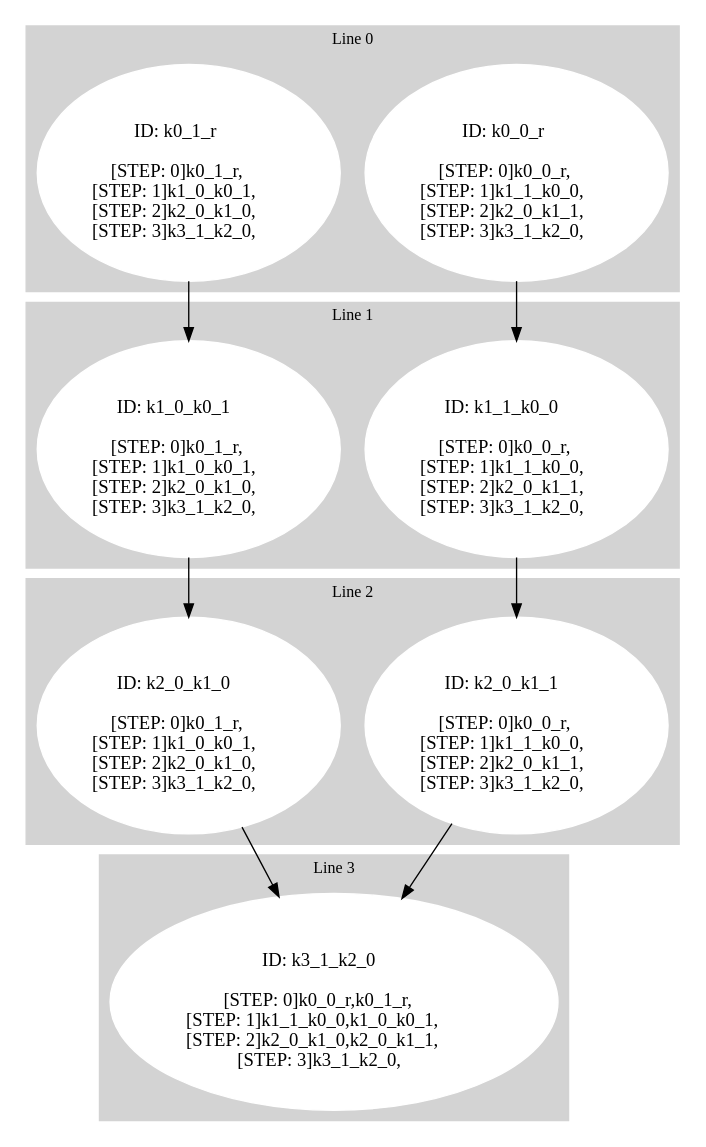
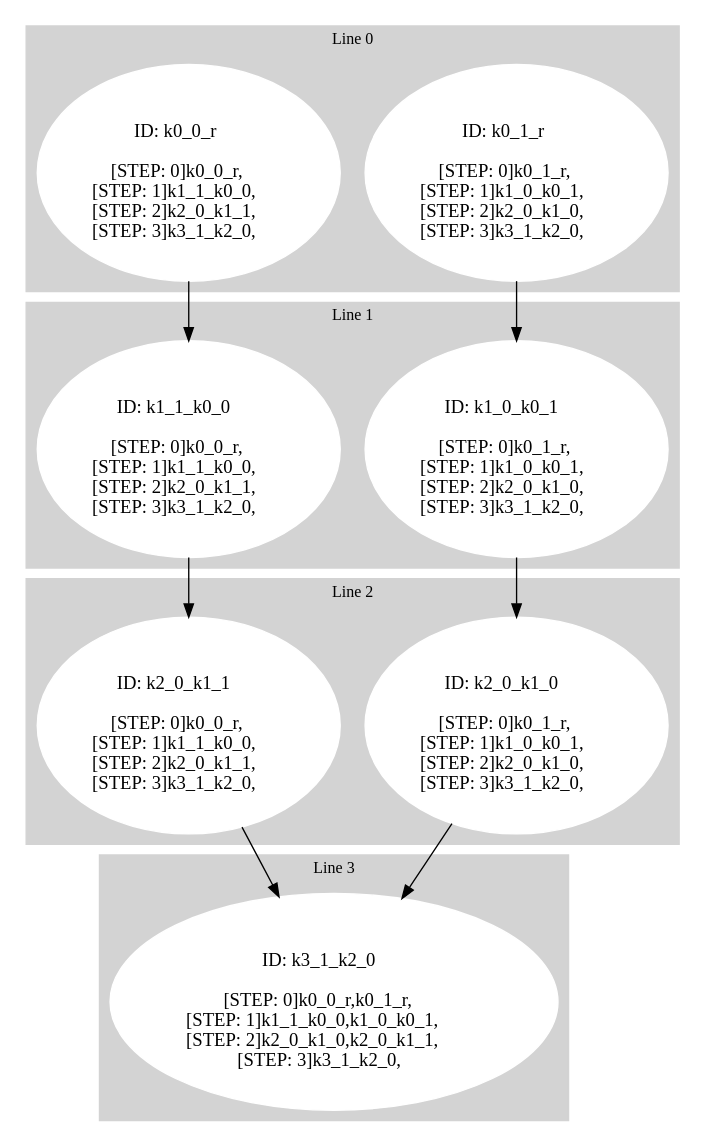
Before and after one commit to ricardombiot/3sat_machine_original_rs: the diagram in test_visual/gpath_y0.dot, drawn with Graphviz. The commit also changed 24 other files, not shown here.

```diff
--- a/test_visual/gpath_y0.dot
+++ b/test_visual/gpath_y0.dot
@@ -1,76 +1,76 @@
 digraph G {
      compound=true 
 subgraph cluster_line_0 {
  style=filled;
  color=lightgrey; 
      node [style=filled,color=white]; 
-k0_0_r [label=<<BR /> ID: k0_0_r <BR /> <BR />
+k0_1_r [label=<<BR /> ID: k0_1_r <BR /> <BR />
+[STEP: 0]k0_1_r,<BR />
+[STEP: 1]k1_0_k0_1,<BR />
+[STEP: 2]k2_0_k1_0,<BR />
+[STEP: 3]k3_1_k2_0,<BR />
+>]k0_0_r [label=<<BR /> ID: k0_0_r <BR /> <BR />
 [STEP: 0]k0_0_r,<BR />
 [STEP: 1]k1_1_k0_0,<BR />
 [STEP: 2]k2_0_k1_1,<BR />
-[STEP: 3]k3_1_k2_0,<BR />
->]k0_1_r [label=<<BR /> ID: k0_1_r <BR /> <BR />
-[STEP: 0]k0_1_r,<BR />
-[STEP: 1]k1_0_k0_1,<BR />
-[STEP: 2]k2_0_k1_0,<BR />
 [STEP: 3]k3_1_k2_0,<BR />
 >]
      fontsize="12" 
      label = "Line 0 " 
  }
 subgraph cluster_line_1 {
  style=filled;
  color=lightgrey; 
      node [style=filled,color=white]; 
-k1_1_k0_0 [label=<<BR /> ID: k1_1_k0_0 <BR /> <BR />
+k1_0_k0_1 [label=<<BR /> ID: k1_0_k0_1 <BR /> <BR />
+[STEP: 0]k0_1_r,<BR />
+[STEP: 1]k1_0_k0_1,<BR />
+[STEP: 2]k2_0_k1_0,<BR />
+[STEP: 3]k3_1_k2_0,<BR />
+>]k1_1_k0_0 [label=<<BR /> ID: k1_1_k0_0 <BR /> <BR />
 [STEP: 0]k0_0_r,<BR />
 [STEP: 1]k1_1_k0_0,<BR />
 [STEP: 2]k2_0_k1_1,<BR />
-[STEP: 3]k3_1_k2_0,<BR />
->]k1_0_k0_1 [label=<<BR /> ID: k1_0_k0_1 <BR /> <BR />
-[STEP: 0]k0_1_r,<BR />
-[STEP: 1]k1_0_k0_1,<BR />
-[STEP: 2]k2_0_k1_0,<BR />
 [STEP: 3]k3_1_k2_0,<BR />
 >]
      fontsize="12" 
      label = "Line 1 " 
  }
 subgraph cluster_line_2 {
  style=filled;
  color=lightgrey; 
      node [style=filled,color=white]; 
-k2_0_k1_1 [label=<<BR /> ID: k2_0_k1_1 <BR /> <BR />
+k2_0_k1_0 [label=<<BR /> ID: k2_0_k1_0 <BR /> <BR />
+[STEP: 0]k0_1_r,<BR />
+[STEP: 1]k1_0_k0_1,<BR />
+[STEP: 2]k2_0_k1_0,<BR />
+[STEP: 3]k3_1_k2_0,<BR />
+>]k2_0_k1_1 [label=<<BR /> ID: k2_0_k1_1 <BR /> <BR />
 [STEP: 0]k0_0_r,<BR />
 [STEP: 1]k1_1_k0_0,<BR />
 [STEP: 2]k2_0_k1_1,<BR />
-[STEP: 3]k3_1_k2_0,<BR />
->]k2_0_k1_0 [label=<<BR /> ID: k2_0_k1_0 <BR /> <BR />
-[STEP: 0]k0_1_r,<BR />
-[STEP: 1]k1_0_k0_1,<BR />
-[STEP: 2]k2_0_k1_0,<BR />
 [STEP: 3]k3_1_k2_0,<BR />
 >]
      fontsize="12" 
      label = "Line 2 " 
  }
 subgraph cluster_line_3 {
  style=filled;
  color=lightgrey; 
      node [style=filled,color=white]; 
 k3_1_k2_0 [label=<<BR /> ID: k3_1_k2_0 <BR /> <BR />
 [STEP: 0]k0_0_r,k0_1_r,<BR />
 [STEP: 1]k1_1_k0_0,k1_0_k0_1,<BR />
 [STEP: 2]k2_0_k1_0,k2_0_k1_1,<BR />
 [STEP: 3]k3_1_k2_0,<BR />
 >]
      fontsize="12" 
      label = "Line 3 " 
  }
+k0_1_r -> k1_0_k0_1
 k0_0_r -> k1_1_k0_0
-k0_1_r -> k1_0_k0_1
+k1_0_k0_1 -> k2_0_k1_0
 k1_1_k0_0 -> k2_0_k1_1
-k1_0_k0_1 -> k2_0_k1_0
+k2_0_k1_0 -> k3_1_k2_0
 k2_0_k1_1 -> k3_1_k2_0
-k2_0_k1_0 -> k3_1_k2_0
 }
```
